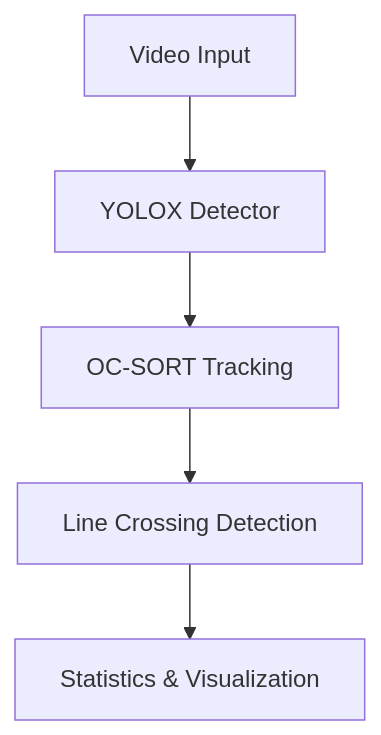
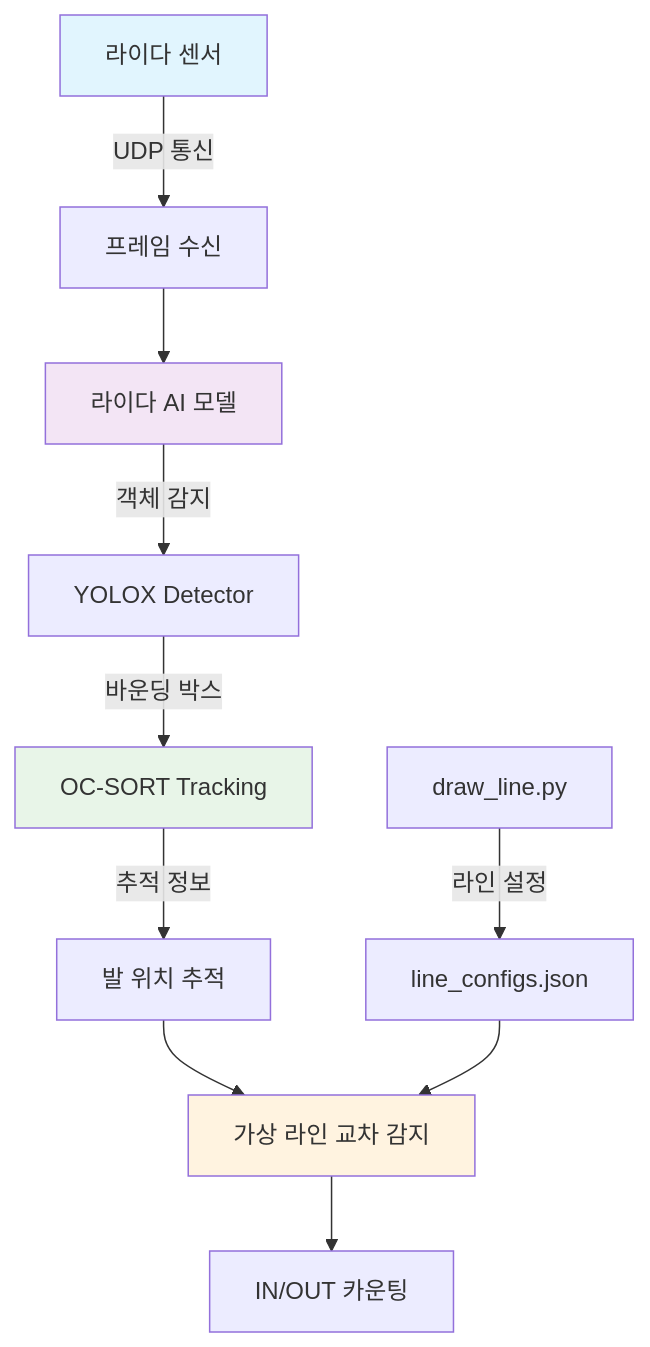
The diagram in README.md (byunghyun-illuni/line-crossing-tracking-demo), drawn with Mermaid before and after one commit. The commit also changed other lines of this file and 8 other files, not shown here.

````diff
--- a/README.md
+++ b/README.md
@@ -19,7 +67,18 @@
 ```mermaid
 graph TD
-    A[Video Input] --> B[YOLOX Detector]
-    B --> C[OC-SORT Tracking]
-    C --> D[Line Crossing Detection]
-    D --> E[Statistics & Visualization]
+    A[라이다 센서] -->|UDP 통신| B[프레임 수신]
+    B --> C[라이다 AI 모델]
+    C -->|객체 감지| D[YOLOX Detector]
+    D -->|바운딩 박스| E[OC-SORT Tracking]
+    E -->|추적 정보| F[발 위치 추적]
+    F --> G[가상 라인 교차 감지]
+    G --> H[IN/OUT 카운팅]
+    
+    I[draw_line.py] -->|라인 설정| J[line_configs.json]
+    J --> G
+    
+    style A fill:#e1f5fe
+    style C fill:#f3e5f5
+    style E fill:#e8f5e8
+    style G fill:#fff3e0
 ```
````
